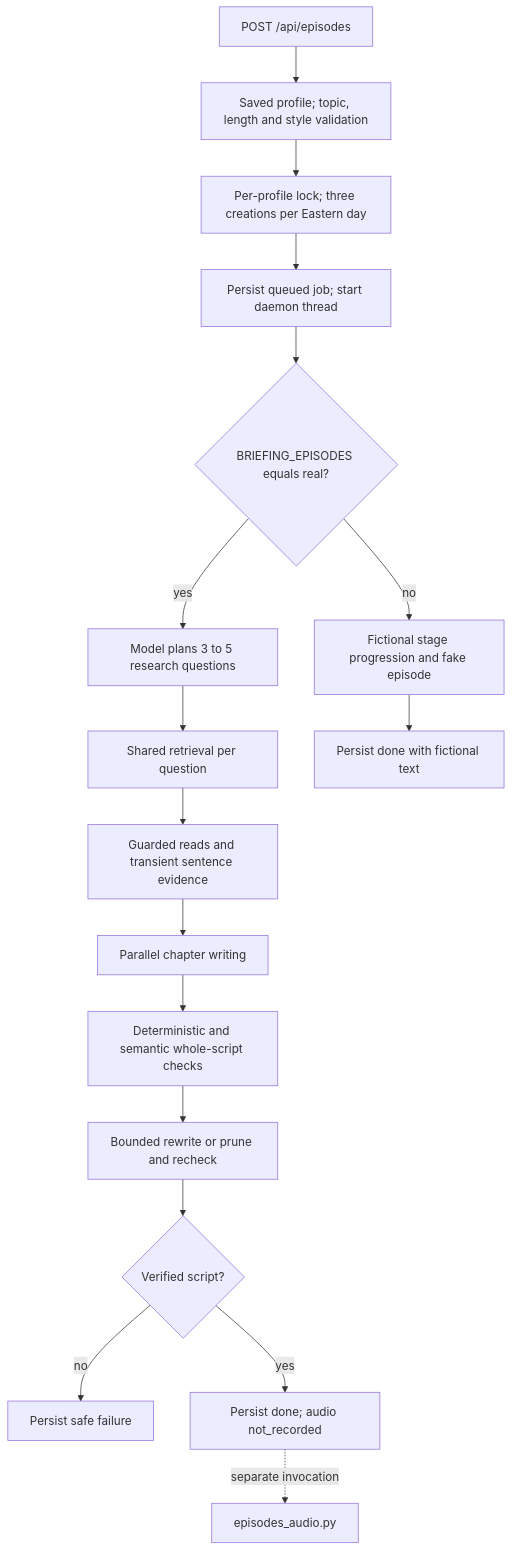
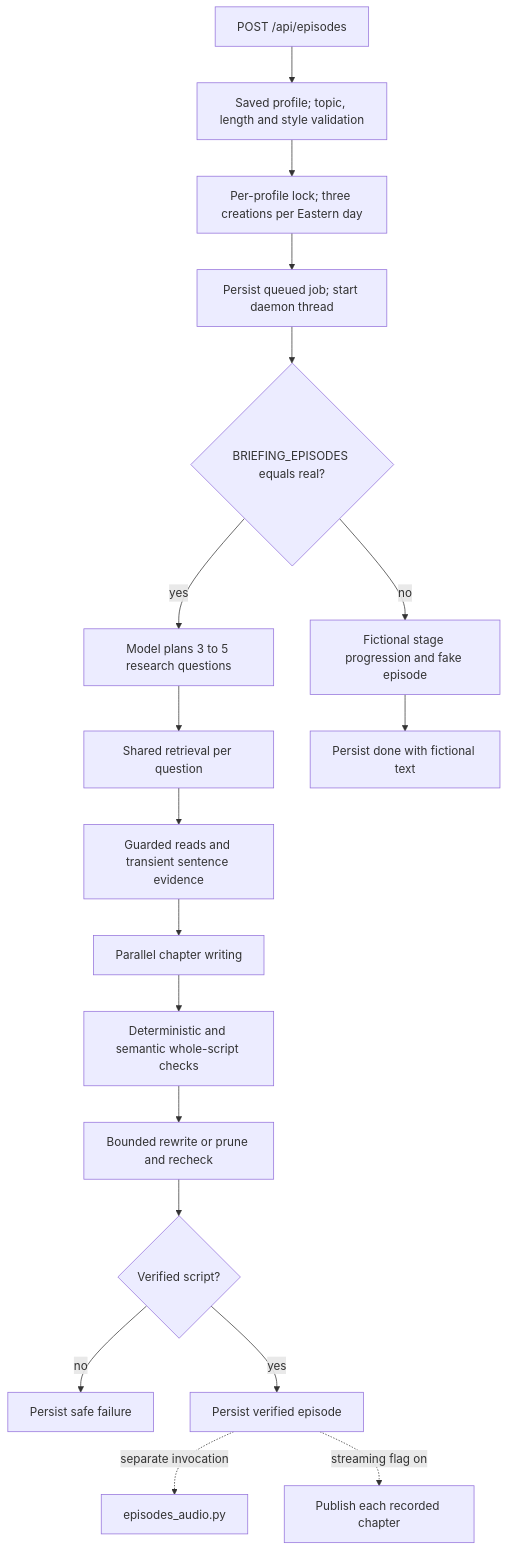
One commit to BenCBanks/briefing changed the third of 5 diagrams in docs/architecture.md. Above: the diagram before and after it, drawn with Mermaid. The commit also changed other lines of this file and 9 other files, not shown here.

Commit message:
Add opt-in chapter streaming for episodes

````diff
--- a/docs/architecture.md
+++ b/docs/architecture.md
@@ -130,19 +130,20 @@
 ```mermaid
 flowchart TD
     Request[POST /api/episodes] --> Validate[Saved profile; topic, length and style validation]
     Validate --> Quota[Per-profile lock; three creations per Eastern day]
     Quota --> Persist[Persist queued job; start daemon thread]
     Persist --> Mode{BRIEFING_EPISODES equals real?}
     Mode -- no --> Fake[Fictional stage progression and fake episode]
     Mode -- yes --> Plan[Model plans 3 to 5 research questions]
     Plan --> Search[Shared retrieval per question]
     Search --> Read[Guarded reads and transient sentence evidence]
     Read --> Write[Parallel chapter writing]
     Write --> Verify[Deterministic and semantic whole-script checks]
     Verify --> Repair[Bounded rewrite or prune and recheck]
     Repair --> Result{Verified script?}
     Result -- no --> Failed[Persist safe failure]
-    Result -- yes --> Text[Persist done; audio not_recorded]
+    Result -- yes --> Text[Persist verified episode]
     Fake --> FixtureDone[Persist done with fictional text]
     Text -. separate invocation .-> Audio[episodes_audio.py]
+Text -. streaming flag on .-> Stream[Publish each recorded chapter]
 ```
````
